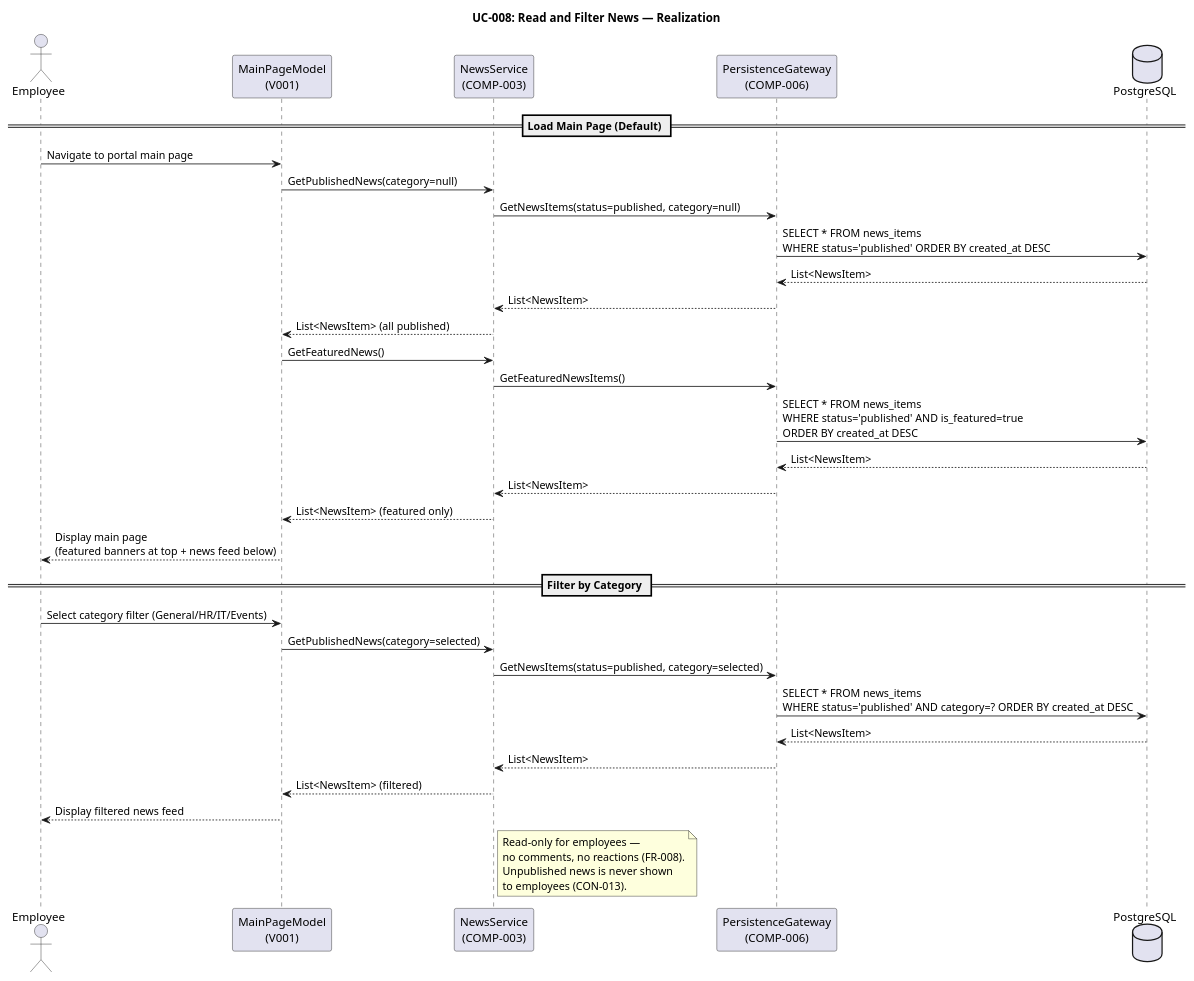
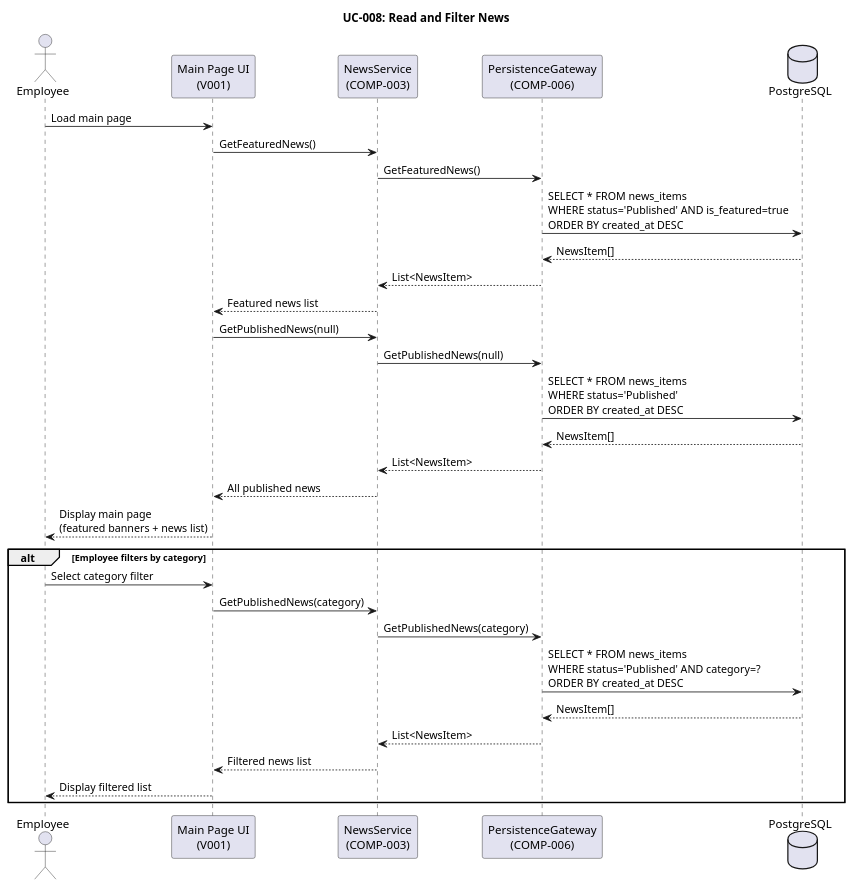
Before and after one commit to banense-test/portal-cuba-corp: the ninth of 28 diagrams in docs/artifacts/analysis---design/design-model.md, drawn with PlantUML. The commit also changed other lines of this file, not shown here.

First line of the commit message:
Designer [E2]: upsert Design Model

````diff
--- a/docs/artifacts/analysis---design/design-model.md
+++ b/docs/artifacts/analysis---design/design-model.md
@@ -593,46 +553,39 @@
 ```plantuml
 @startuml
-title UC-008: Read and Filter News — Realization
+title UC-008: Read and Filter News
 
 actor Employee as EMP
-participant "MainPageModel\n(V001)" as UI
+participant "Main Page UI\n(V001)" as UI
 participant "NewsService\n(COMP-003)" as SVC
 participant "PersistenceGateway\n(COMP-006)" as DB
 database "PostgreSQL" as PG
 
-== Load Main Page (Default) ==
-EMP -> UI : Navigate to portal main page
-UI -> SVC : GetPublishedNews(category=null)
-SVC -> DB : GetNewsItems(status=published, category=null)
-DB -> PG : SELECT * FROM news_items\nWHERE status='published' ORDER BY created_at DESC
-PG --> DB : List<NewsItem>
+EMP -> UI : Load main page
+UI -> SVC : GetFeaturedNews()
+SVC -> DB : GetFeaturedNews()
+DB -> PG : SELECT * FROM news_items\nWHERE status='Published' AND is_featured=true\nORDER BY created_at DESC
+PG --> DB : NewsItem[]
 DB --> SVC : List<NewsItem>
-SVC --> UI : List<NewsItem> (all published)
+SVC --> UI : Featured news list
 
-UI -> SVC : GetFeaturedNews()
-SVC -> DB : GetFeaturedNewsItems()
-DB -> PG : SELECT * FROM news_items\nWHERE status='published' AND is_featured=true\nORDER BY created_at DESC
-PG --> DB : List<NewsItem>
+UI -> SVC : GetPublishedNews(null)
+SVC -> DB : GetPublishedNews(null)
+DB -> PG : SELECT * FROM news_items\nWHERE status='Published'\nORDER BY created_at DESC
+PG --> DB : NewsItem[]
 DB --> SVC : List<NewsItem>
-SVC --> UI : List<NewsItem> (featured only)
-UI --> EMP : Display main page\n(featured banners at top + news feed below)
+SVC --> UI : All published news
+UI --> EMP : Display main page\n(featured banners + news list)
 
-== Filter by Category ==
-EMP -> UI : Select category filter (General/HR/IT/Events)
-UI -> SVC : GetPublishedNews(category=selected)
-SVC -> DB : GetNewsItems(status=published, category=selected)
-DB -> PG : SELECT * FROM news_items\nWHERE status='published' AND category=? ORDER BY created_at DESC
-PG --> DB : List<NewsItem>
-DB --> SVC : List<NewsItem>
-SVC --> UI : List<NewsItem> (filtered)
-UI --> EMP : Display filtered news feed
-
-note right of SVC
-  Read-only for employees —
-  no comments, no reactions (FR-008).
-  Unpublished news is never shown
-  to employees (CON-013).
-end note
+alt Employee filters by category
+  EMP -> UI : Select category filter
+  UI -> SVC : GetPublishedNews(category)
+  SVC -> DB : GetPublishedNews(category)
+  DB -> PG : SELECT * FROM news_items\nWHERE status='Published' AND category=?\nORDER BY created_at DESC
+  PG --> DB : NewsItem[]
+  DB --> SVC : List<NewsItem>
+  SVC --> UI : Filtered news list
+  UI --> EMP : Display filtered list
+end
 
 @enduml
 ```
````
